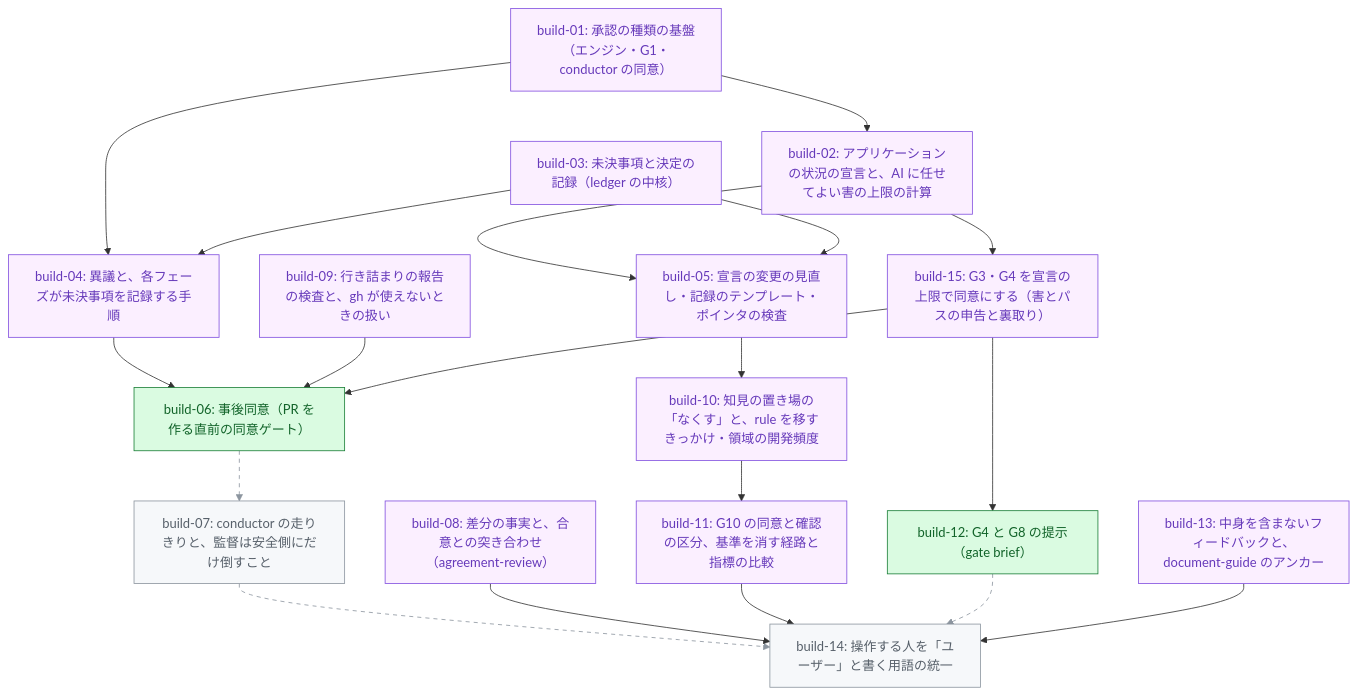
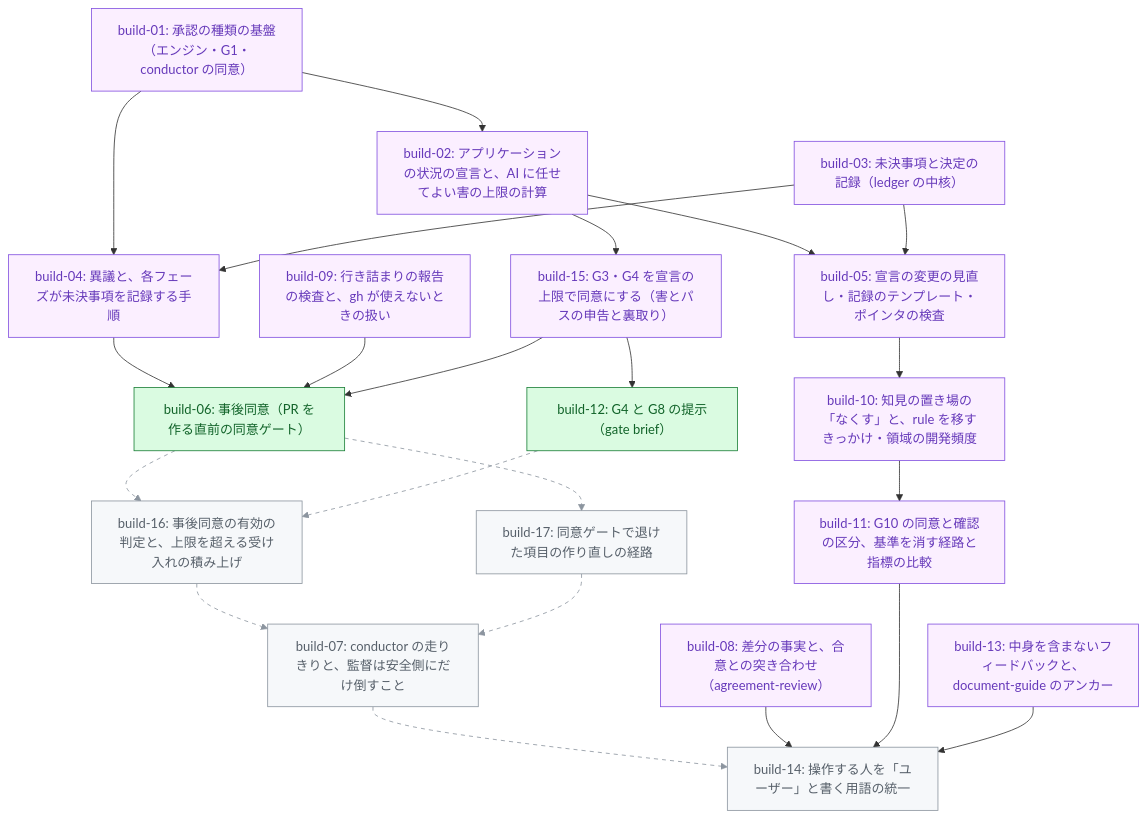
Before and after one commit to tak-solder/hikyaku: the diagram in .hikyaku/cycles/001-v3-core-concepts/tasklist.md, drawn with Mermaid. The commit also changed other lines of this file and 5 other files, not shown here.

````diff
--- a/.hikyaku/cycles/001-v3-core-concepts/tasklist.md
+++ b/.hikyaku/cycles/001-v3-core-concepts/tasklist.md
@@ -30,43 +32,48 @@
 ```mermaid
 graph TD
   b01["build-01: 承認の種類の基盤（エンジン・G1・conductor の同意）"]
   b02["build-02: アプリケーションの状況の宣言と、AI に任せてよい害の上限の計算"]
   b03["build-03: 未決事項と決定の記録（ledger の中核）"]
   b04["build-04: 異議と、各フェーズが未決事項を記録する手順"]
   b05["build-05: 宣言の変更の見直し・記録のテンプレート・ポインタの検査"]
   b06["build-06: 事後同意（PR を作る直前の同意ゲート）"]
   b07["build-07: conductor の走りきりと、監督は安全側にだけ倒すこと"]
   b08["build-08: 差分の事実と、合意との突き合わせ（agreement-review）"]
   b09["build-09: 行き詰まりの報告の検査と、gh が使えないときの扱い"]
   b10["build-10: 知見の置き場の「なくす」と、rule を移すきっかけ・領域の開発頻度"]
   b11["build-11: G10 の同意と確認の区分、基準を消す経路と指標の比較"]
   b12["build-12: G4 と G8 の提示（gate brief）"]
   b13["build-13: 中身を含まないフィードバックと、document-guide のアンカー"]
   b14["build-14: 操作する人を「ユーザー」と書く用語の統一"]
   b15["build-15: G3・G4 を宣言の上限で同意にする（害とパスの申告と裏取り）"]
+  b16["build-16: 事後同意の有効の判定と、上限を超える受け入れの積み上げ"]
+  b17["build-17: 同意ゲートで退けた項目の作り直しの経路"]
   b01 --> b02
   b01 --> b04
   b03 --> b04
   b02 --> b05
   b03 --> b05
   b04 --> b06
   b09 --> b06
   b15 --> b06
-  b06 -.-> b07
+  b16 -.-> b07
+  b17 -.-> b07
   b05 --> b10
   b10 --> b11
   b15 --> b12
   b07 -.-> b14
   b08 --> b14
   b11 --> b14
-  b12 -.-> b14
   b13 --> b14
   b02 --> b15
+  b06 -.-> b16
+  b12 -.-> b16
+  b06 -.-> b17
   classDef merged fill:#fbefff,stroke:#8250df,color:#6639ba
   classDef ready fill:#dafbe1,stroke:#1a7f37,color:#116329
   classDef blocked fill:#f6f8fa,stroke:#8c959f,color:#57606a
   class b01,b02,b03,b04,b05,b08,b09,b10,b11,b13,b15 merged
   class b06,b12 ready
-  class b07,b14 blocked
-  linkStyle 8,12,15 stroke:#8c959f,stroke-dasharray:5 5
+  class b07,b14,b16,b17 blocked
+  linkStyle 8,9,13,18,19,20 stroke:#8c959f,stroke-dasharray:5 5
 ```
````
